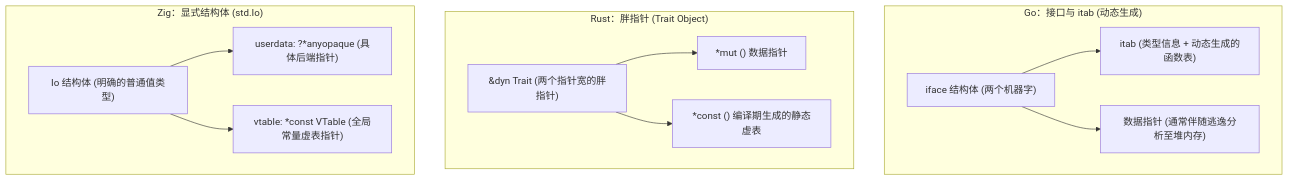
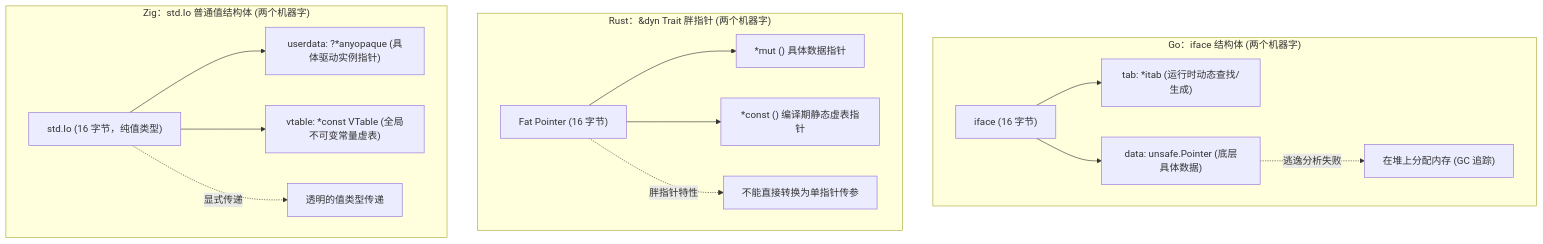
One commit to jiacai2050/x changed the first of 2 diagrams in zig-io/src/concepts/io-interface-and-vtable.md. Above: the diagram before and after it, drawn with Mermaid. The commit also changed other lines of this file and 28 other files, not shown here.

````diff
--- a/zig-io/src/concepts/io-interface-and-vtable.md
+++ b/zig-io/src/concepts/io-interface-and-vtable.md
@@ -13,26 +15,29 @@
 ```mermaid
 graph TB
-    subgraph GoModel ["Go：接口与 itab (动态生成)"]
-        G_Iface["iface 结构体 (两个机器字)"]
-        G_Tab["itab (类型信息 + 动态生成的函数表)"]
-        G_Data["数据指针 (通常伴随逃逸分析至堆内存)"]
+    subgraph GoModel ["Go：iface 结构体 (两个机器字)"]
+        G_Iface["iface (16 字节)"]
+        G_Tab["tab: *itab (运行时动态查找/生成)"]
+        G_Data["data: unsafe.Pointer (底层具体数据)"]
         G_Iface --> G_Tab
         G_Iface --> G_Data
+        G_Data -.->|逃逸分析失败| G_Heap["在堆上分配内存 (GC 追踪)"]
     end
 
-    subgraph RustModel ["Rust：胖指针 (Trait Object)"]
-        R_Fat["&dyn Trait (两个指针宽的胖指针)"]
-        R_Data["*mut () 数据指针"]
-        R_Vtab["*const () 编译期生成的静态虚表"]
+    subgraph RustModel ["Rust：&dyn Trait 胖指针 (两个机器字)"]
+        R_Fat["Fat Pointer (16 字节)"]
+        R_Data["*mut () 具体数据指针"]
+        R_Vtab["*const () 编译期静态虚表指针"]
         R_Fat --> R_Data
         R_Fat --> R_Vtab
+        R_Fat -.->|胖指针特性| R_NoCast["不能直接转换为单指针传参"]
     end
 
-    subgraph ZigModel ["Zig：显式结构体 (std.Io)"]
-        Z_Io["Io 结构体 (明确的普通值类型)"]
-        Z_Userdata["userdata: ?*anyopaque (具体后端指针)"]
-        Z_VTable["vtable: *const VTable (全局常量虚表指针)"]
+    subgraph ZigModel ["Zig：std.Io 普通值结构体 (两个机器字)"]
+        Z_Io["std.Io (16 字节，纯值类型)"]
+        Z_Userdata["userdata: ?*anyopaque (具体驱动实例指针)"]
+        Z_VTable["vtable: *const VTable (全局不可变常量虚表)"]
         Z_Io --> Z_Userdata
         Z_Io --> Z_VTable
+        Z_Io -.->|显式传递| Z_Direct["透明的值类型传递"]
     end
 ```
````
